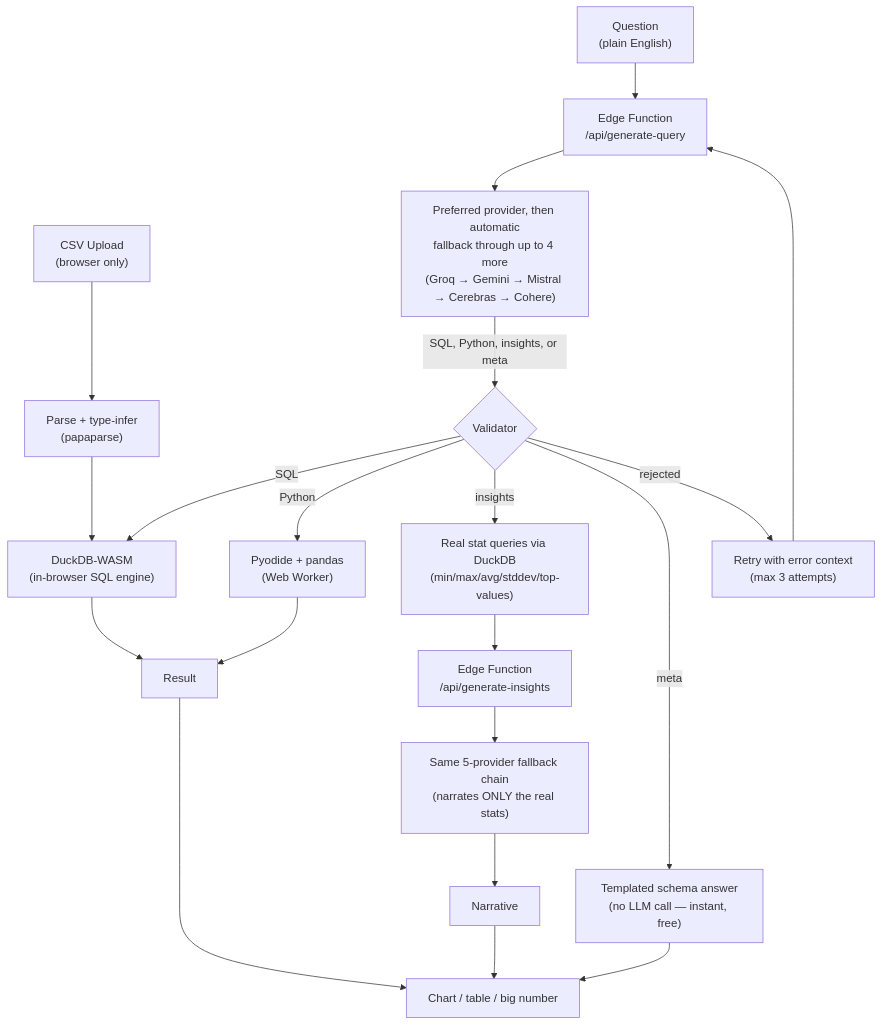
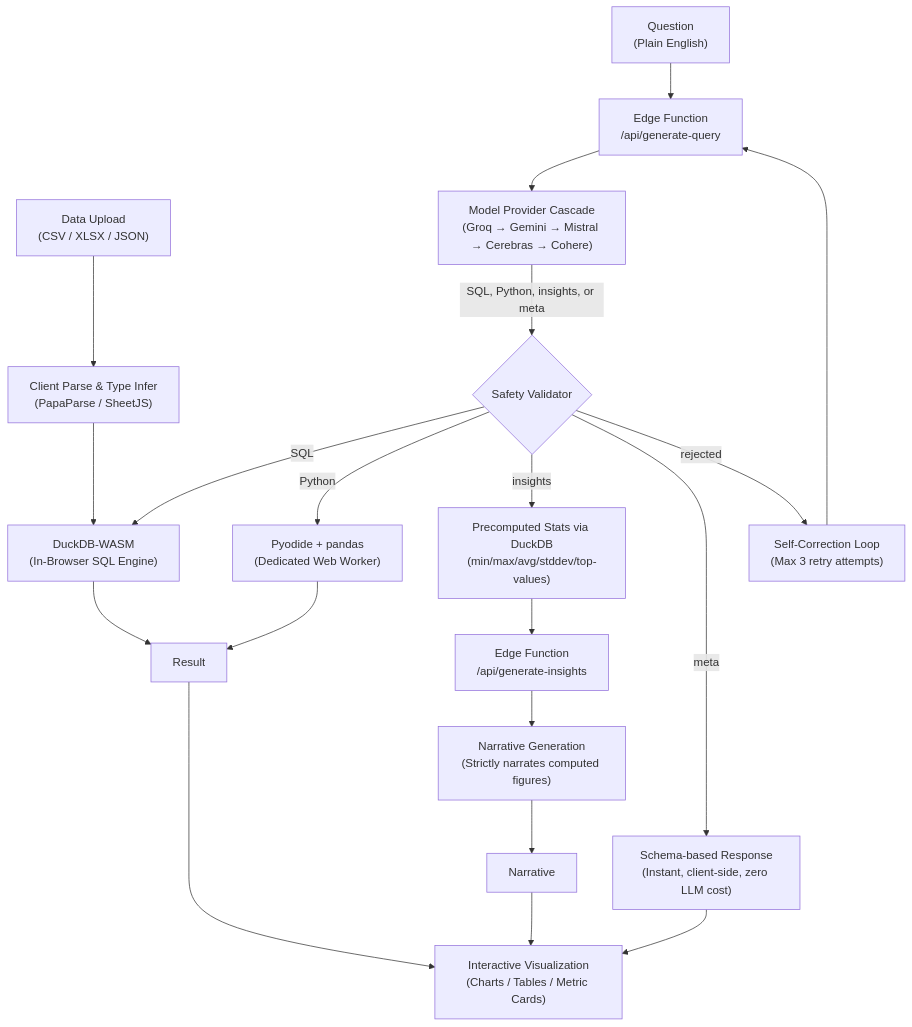
Before and after one commit to HarshPatil0804/Data-Analyst-AI-Agent: the diagram in README.md, drawn with Mermaid. The commit also changed other lines of this file and 1 other file, not shown here.

````diff
--- a/README.md
+++ b/README.md
@@ -19,26 +26,26 @@
 ```mermaid
 flowchart TD
-    U["CSV Upload<br/>(browser only)"] --> P["Parse + type-infer<br/>(papaparse)"]
-    P --> D["DuckDB-WASM<br/>(in-browser SQL engine)"]
+    U["Data Upload<br/>(CSV / XLSX / JSON)"] --> P["Client Parse & Type Infer<br/>(PapaParse / SheetJS)"]
+    P --> D["DuckDB-WASM<br/>(In-Browser SQL Engine)"]
 
-    Q["Question<br/>(plain English)"] --> E["Edge Function<br/>/api/generate-query"]
-    E --> G["Preferred provider, then automatic<br/>fallback through up to 4 more<br/>(Groq → Gemini → Mistral → Cerebras → Cohere)"]
-    G -->|"SQL, Python, insights, or meta"| V{"Validator"}
+    Q["Question<br/>(Plain English)"] --> E["Edge Function<br/>/api/generate-query"]
+    E --> G["Model Provider Cascade<br/>(Groq → Gemini → Mistral → Cerebras → Cohere)"]
+    G -->|"SQL, Python, insights, or meta"| V{"Safety Validator"}
 
     V -->|"SQL"| D
-    V -->|"Python"| PY["Pyodide + pandas<br/>(Web Worker)"]
-    V -->|"insights"| STAT["Real stat queries via DuckDB<br/>(min/max/avg/stddev/top-values)"]
-    V -->|"meta"| META["Templated schema answer<br/>(no LLM call — instant, free)"]
-    V -->|"rejected"| R["Retry with error context<br/>(max 3 attempts)"]
+    V -->|"Python"| PY["Pyodide + pandas<br/>(Dedicated Web Worker)"]
+    V -->|"insights"| STAT["Precomputed Stats via DuckDB<br/>(min/max/avg/stddev/top-values)"]
+    V -->|"meta"| META["Schema-based Response<br/>(Instant, client-side, zero LLM cost)"]
+    V -->|"rejected"| R["Self-Correction Loop<br/>(Max 3 retry attempts)"]
     R --> E
 
     STAT --> NAR["Edge Function<br/>/api/generate-insights"]
-    NAR --> G2["Same 5-provider fallback chain<br/>(narrates ONLY the real stats)"]
+    NAR --> G2["Narrative Generation<br/>(Strictly narrates computed figures)"]
     G2 --> NARR["Narrative"]
 
     D --> RES["Result"]
     PY --> RES
-    RES --> C["Chart / table / big number"]
+    RES --> C["Interactive Visualization<br/>(Charts / Tables / Metric Cards)"]
     NARR --> C
     META --> C
 ```
````
